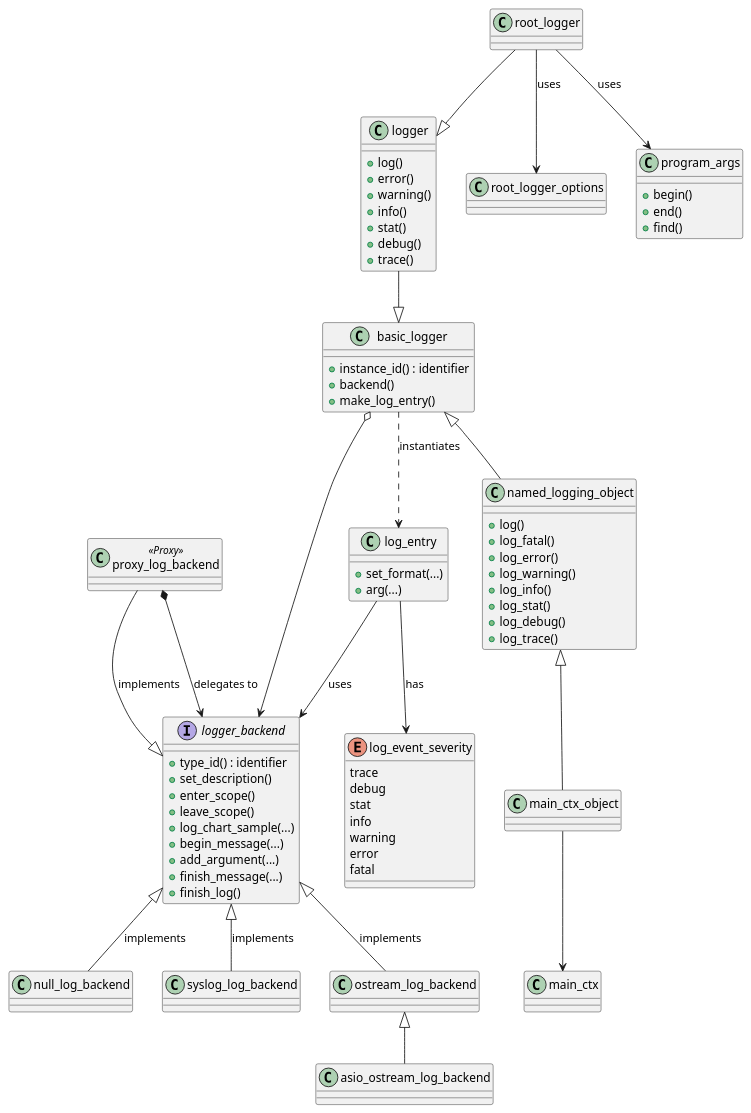
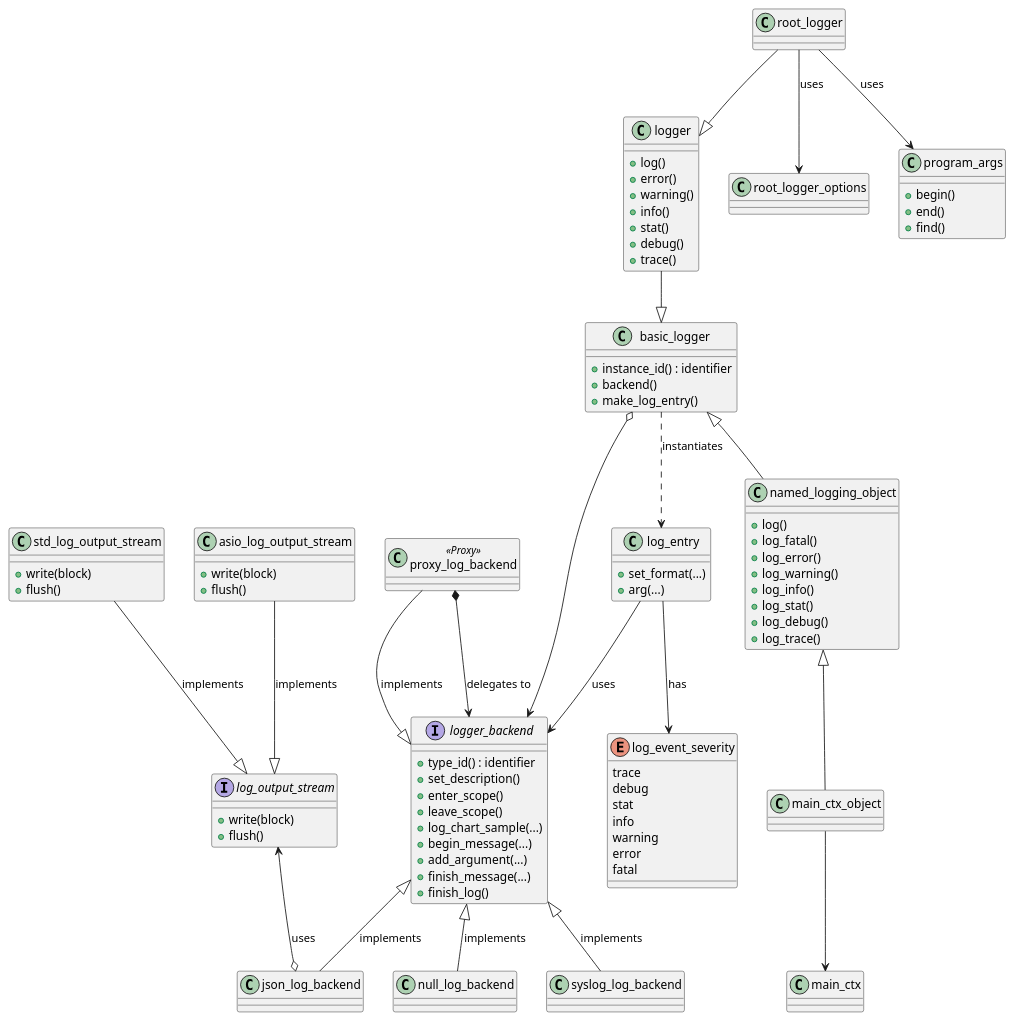
Before and after one commit to matus-chochlik/eagine-core: the diagram in doc/diagrams/eagine/logging_overview.puml, drawn with PlantUML. The commit also changed 1 other file, not shown here.

Commit message:
Updated the logging overview diagram

```diff
--- a/doc/diagrams/eagine/logging_overview.puml
+++ b/doc/diagrams/eagine/logging_overview.puml
@@ -1,108 +1,124 @@
 @startuml
 enum log_event_severity {
     trace
     debug
     stat
     info
     warning
     error
     fatal
 }
 
 interface logger_backend {
     +type_id() : identifier
     +set_description()
     +enter_scope()
     +leave_scope()
     +log_chart_sample(...)
     +begin_message(...)
     +add_argument(...)
     +finish_message(...)
     +finish_log()
 }
 
 class null_log_backend {
 }
 
 class syslog_log_backend {
 }
 
-class ostream_log_backend {
-}
-
-class asio_ostream_log_backend {
+class json_log_backend {
 }
 
 class proxy_log_backend <<Proxy>> {
+}
+
+interface log_output_stream {
+    +write(block)
+    +flush()
+}
+
+class std_log_output_stream {
+    +write(block)
+    +flush()
+}
+
+class asio_log_output_stream {
+    +write(block)
+    +flush()
 }
 
 class log_entry {
     +set_format(...)
     +arg(...)
 }
 
 class basic_logger {
     +instance_id() : identifier
     +backend()
     +make_log_entry()
 }
 
 class logger {
     +log()
     +error()
     +warning()
     +info()
     +stat()
     +debug()
     +trace()
 }
 
 class named_logging_object {
     +log()
     +log_fatal()
     +log_error()
     +log_warning()
     +log_info()
     +log_stat()
     +log_debug()
     +log_trace()
 }
 
 class root_logger {
 }
 
 class root_logger_options {
 }
 
 class program_args {
     +begin()
     +end()
     +find()
 }
 
 class main_ctx_object {
 }
 
 class main_ctx {
 }
 
+std_log_output_stream --|> log_output_stream: implements
+asio_log_output_stream --|> log_output_stream: implements
+
+log_output_stream <--o json_log_backend: uses
+
 logger_backend <|-- null_log_backend : implements
 logger_backend <|-- syslog_log_backend : implements
-logger_backend <|-- ostream_log_backend : implements
-ostream_log_backend <|-- asio_ostream_log_backend
+logger_backend <|-- json_log_backend : implements
 proxy_log_backend --|> logger_backend : implements
 proxy_log_backend *--> logger_backend : delegates to
 
 log_entry --> log_event_severity : has
 log_entry --> logger_backend : uses
 
 basic_logger ..> log_entry : instantiates
 basic_logger o--> logger_backend
 logger --|> basic_logger
 basic_logger <|-- named_logging_object
 named_logging_object <|--  main_ctx_object
 main_ctx_object --> main_ctx
 root_logger --|> logger
 root_logger --> program_args : uses
 root_logger --> root_logger_options : uses
 @enduml
```
